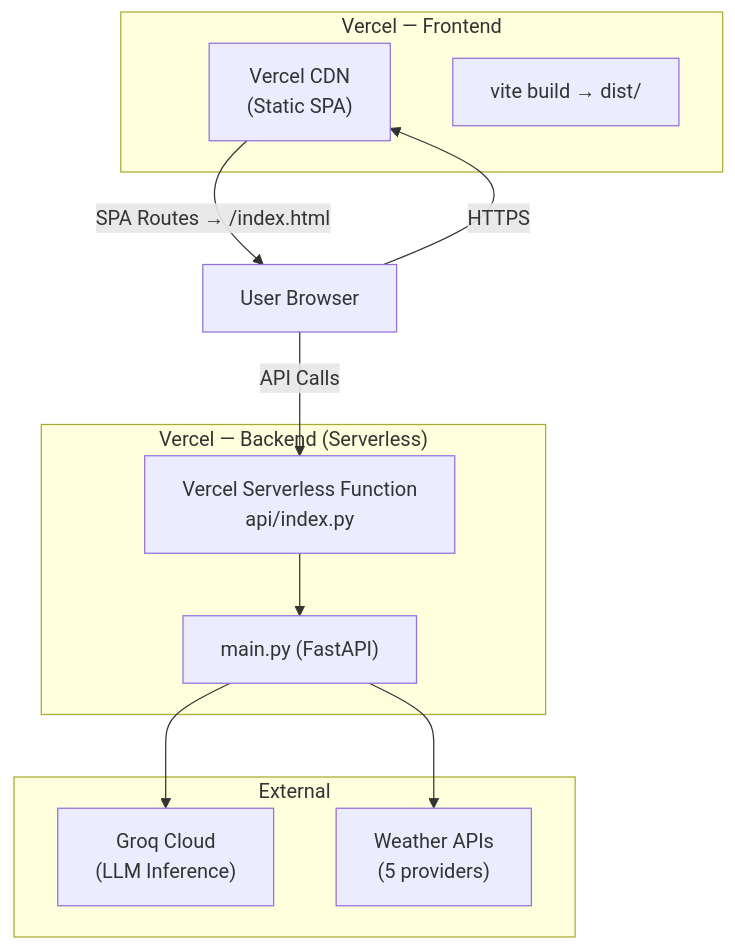
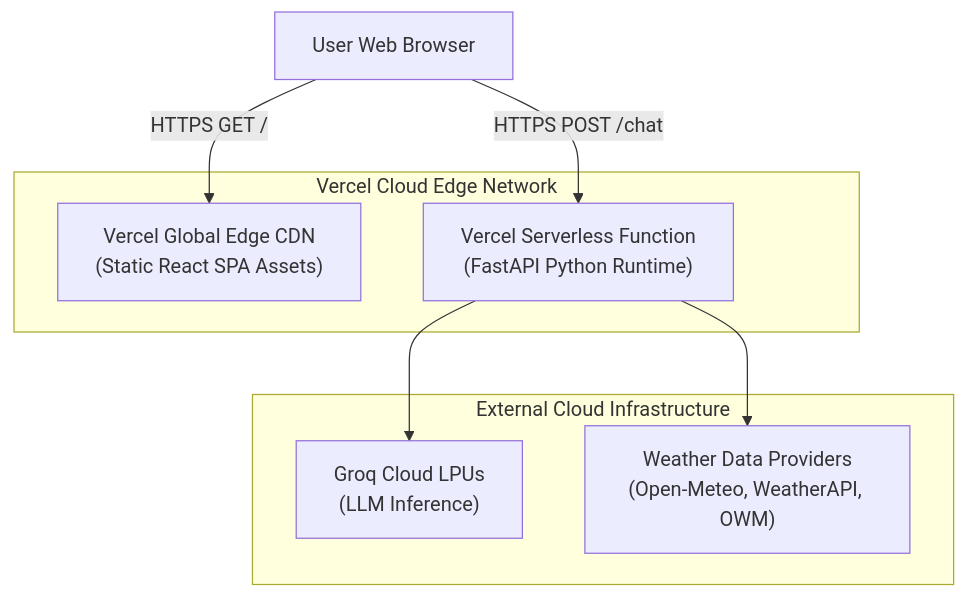
One commit to omsenjalia/weathergpt changed the fifth of 6 diagrams in frontend/Architecture.md. Above: the diagram before and after it, drawn with Mermaid. The commit also changed other lines of this file, not shown here.

Commit message:
docs: refactor Architecture.md into judge-ready SIH presentation annex

````diff
--- a/frontend/Architecture.md
+++ b/frontend/Architecture.md
@@ -972,24 +504,17 @@
 ```mermaid
 graph TB
-    subgraph "Vercel — Frontend"
-        VF["Vercel CDN<br/>(Static SPA)"]
-        BUILD["vite build → dist/"]
+    subgraph "Vercel Cloud Edge Network"
+        CDN["Vercel Global Edge CDN<br/>(Static React SPA Assets)"]
+        SLS["Vercel Serverless Function<br/>(FastAPI Python Runtime)"]
     end
 
-    subgraph "Vercel — Backend (Serverless)"
-        VB["Vercel Serverless Function<br/>api/index.py"]
-        MAIN["main.py (FastAPI)"]
+    subgraph "External Cloud Infrastructure"
+        GROQ["Groq Cloud LPUs<br/>(LLM Inference)"]
+        MET["Weather Data Providers<br/>(Open-Meteo, WeatherAPI, OWM)"]
     end
 
-    subgraph "External"
-        GROQ["Groq Cloud<br/>(LLM Inference)"]
-        WEATHER["Weather APIs<br/>(5 providers)"]
-    end
-
-    USER["User Browser"] -->|"HTTPS"| VF
-    VF -->|"SPA Routes → /index.html"| USER
-    USER -->|"API Calls"| VB
-    VB --> MAIN
-    MAIN --> GROQ
-    MAIN --> WEATHER
+    USER["User Web Browser"] -->|"HTTPS GET /"| CDN
+    USER -->|"HTTPS POST /chat"| SLS
+    SLS --> GROQ
+    SLS --> MET
 ```
````
